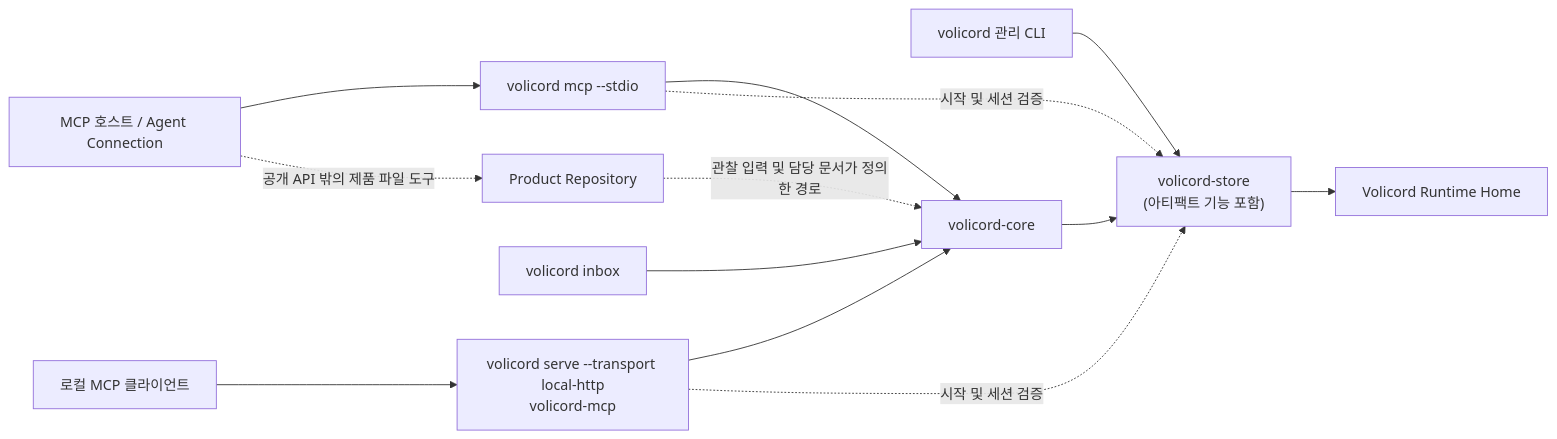
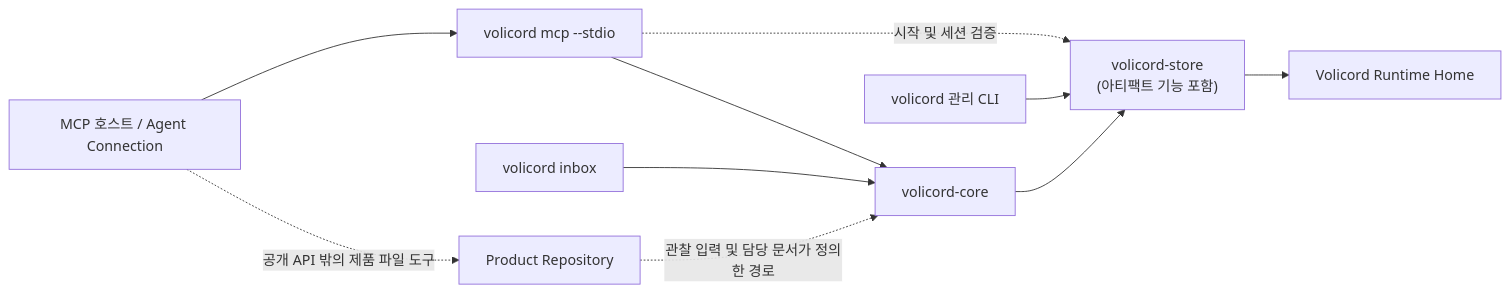
One commit to minjungw00/Volicord changed the diagram in docs/ko/architecture-guide/architecture.md. Above: the diagram before and after it, drawn with Mermaid. The commit also changed other lines of this file and 71 other files, not shown here.

````diff
--- a/docs/ko/architecture-guide/architecture.md
+++ b/docs/ko/architecture-guide/architecture.md
@@ -28,24 +29,20 @@
 ```mermaid
 flowchart LR
   host["MCP 호스트 / Agent Connection"]
   mcp["volicord mcp --stdio"]
-  httpclient["로컬 MCP 클라이언트"]
-  localhttp["volicord serve --transport local-http<br/>volicord-mcp"]
   cli["volicord 관리 CLI"]
   inbox["volicord inbox"]
   core["volicord-core"]
   store["volicord-store<br/>(아티팩트 기능 포함)"]
   runtime["Volicord Runtime Home"]
   product["Product Repository"]
 
   host --> mcp --> core
-  httpclient --> localhttp --> core
   mcp -. 시작 및 세션 검증 .-> store
-  localhttp -. 시작 및 세션 검증 .-> store
   cli --> store
   inbox --> core
   core --> store
   store --> runtime
   product -. 관찰 입력 및 담당 문서가 정의한 경로 .-> core
   host -. 공개 API 밖의 제품 파일 도구 .-> product
 ```
````
